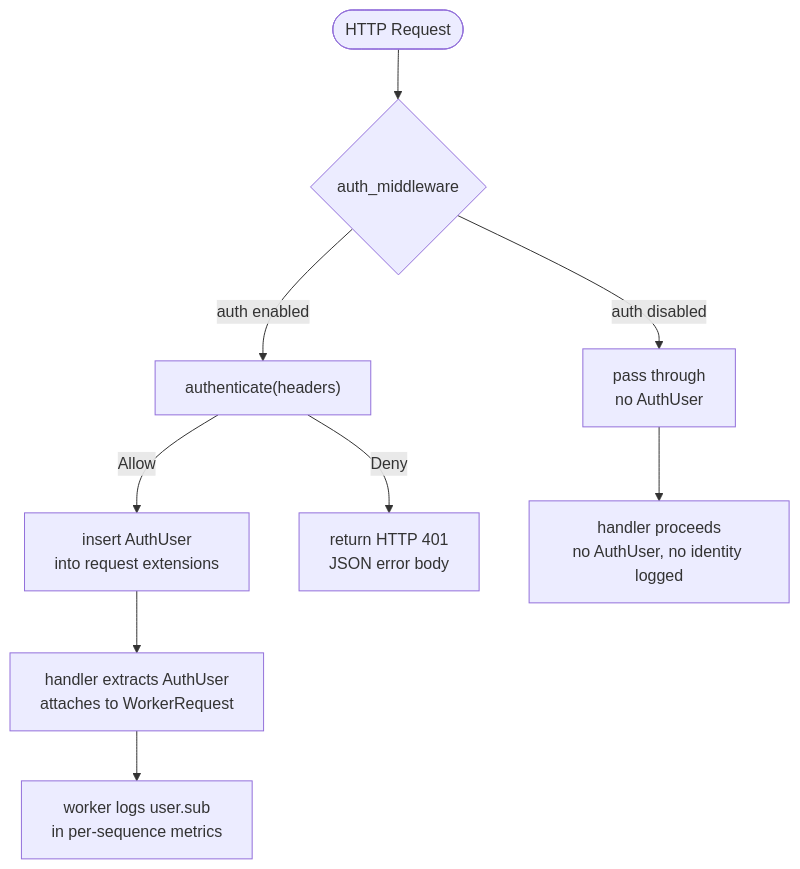
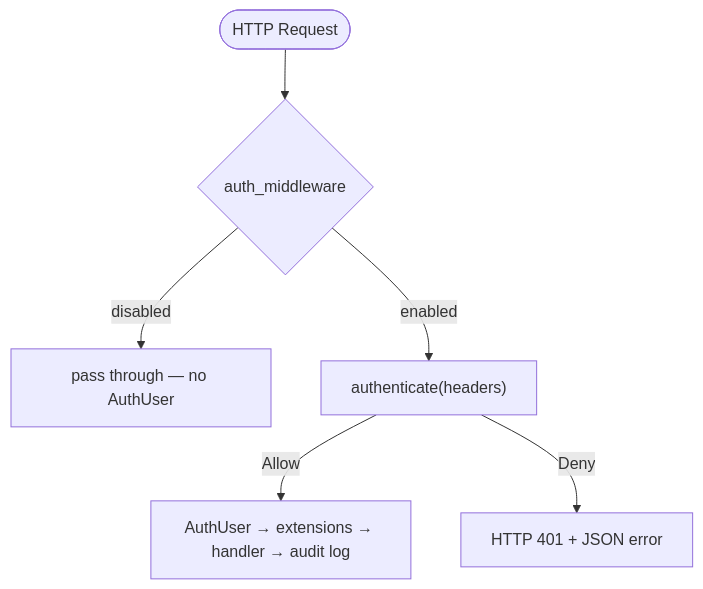
The second of 4 diagrams in docs/authentication.md (JonCooperWorks/rLLM), drawn with Mermaid before and after one commit. The commit also changed other lines of this file and 12 other files, not shown here.

````diff
--- a/docs/authentication.md
+++ b/docs/authentication.md
@@ -53,14 +43,10 @@
 ```mermaid
 graph TD
     Req([HTTP Request]) --> MW{auth_middleware}
 
-    MW -->|auth disabled| Pass["pass through<br/>no AuthUser"]
-    MW -->|auth enabled| Check["authenticate(headers)"]
+    MW -->|disabled| Pass["pass through — no AuthUser"]
+    MW -->|enabled| Check["authenticate(headers)"]
 
-    Check -->|Allow| Insert["insert AuthUser<br/>into request extensions"]
-    Check -->|Deny| Reject["return HTTP 401<br/>JSON error body"]
-
-    Insert --> Handler["handler extracts AuthUser<br/>attaches to WorkerRequest"]
-    Handler --> Worker["worker logs user.sub<br/>in per-sequence metrics"]
-    Pass --> Handler2["handler proceeds<br/>no AuthUser, no identity logged"]
+    Check -->|Allow| Insert["AuthUser → extensions → handler → audit log"]
+    Check -->|Deny| Reject["HTTP 401 + JSON error"]
 ```
````
